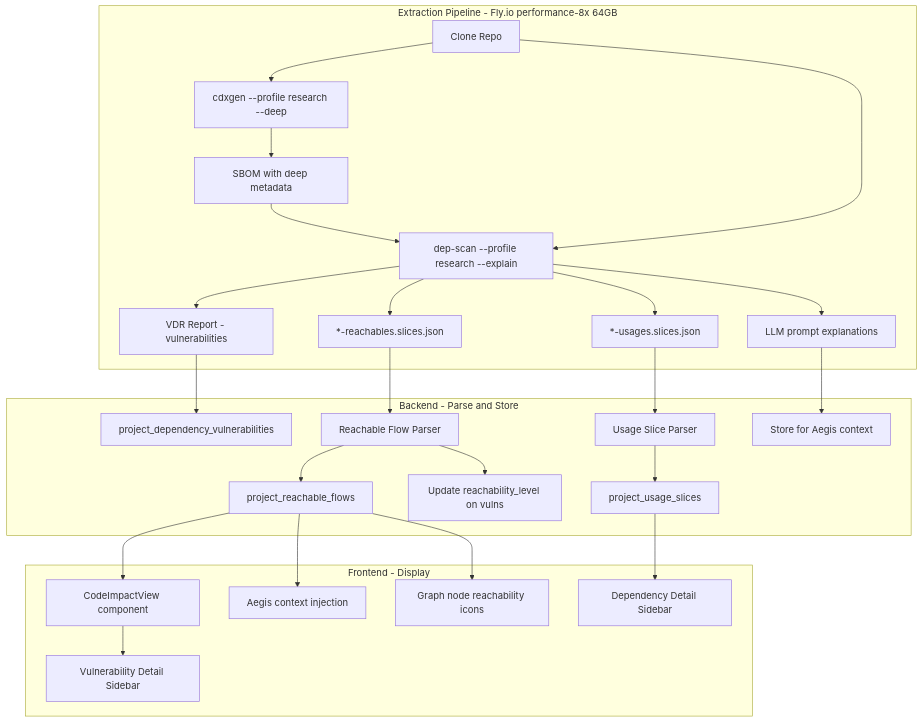
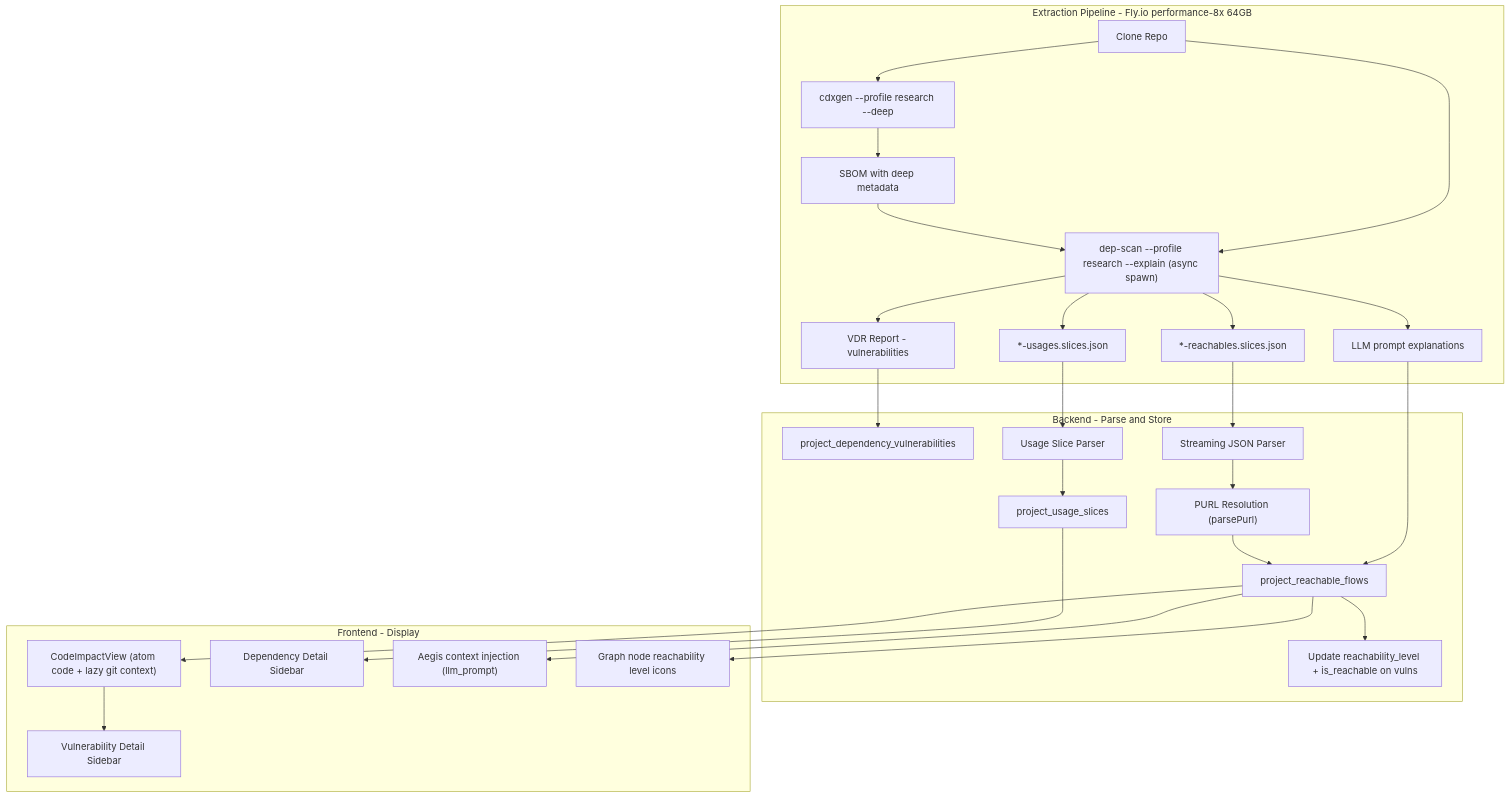
The diagram in .cursor/plans/phase_06b_reachability.plan.md (deptex/deptex), drawn with Mermaid before and after one commit. The commit also changed other lines of this file and 269 other files, not shown here.

````diff
--- a/.cursor/plans/phase_06b_reachability.plan.md
+++ b/.cursor/plans/phase_06b_reachability.plan.md
@@ -44,31 +56,32 @@
 ```mermaid
 graph TD
     subgraph extraction ["Extraction Pipeline - Fly.io performance-8x 64GB"]
         Clone[Clone Repo] --> cdxgen["cdxgen --profile research --deep"]
         cdxgen --> SBOM["SBOM with deep metadata"]
-        SBOM --> DepScanResearch["dep-scan --profile research --explain"]
+        SBOM --> DepScanResearch["dep-scan --profile research --explain (async spawn)"]
         Clone --> DepScanResearch
         DepScanResearch --> VDR["VDR Report - vulnerabilities"]
         DepScanResearch --> ReachSlices["*-reachables.slices.json"]
         DepScanResearch --> UsageSlices["*-usages.slices.json"]
-        DepScanResearch --> LLMPrompts["LLM prompt explanations"]
+        DepScanResearch --> LLMOutput["LLM prompt explanations"]
     end
 
     subgraph parsing ["Backend - Parse and Store"]
         VDR --> VulnDB["project_dependency_vulnerabilities"]
-        ReachSlices --> FlowParser["Reachable Flow Parser"]
-        FlowParser --> FlowDB["project_reachable_flows"]
+        ReachSlices --> StreamParser["Streaming JSON Parser"]
+        StreamParser --> PurlResolver["PURL Resolution (parsePurl)"]
+        PurlResolver --> FlowDB["project_reachable_flows"]
         UsageSlices --> UsageParser["Usage Slice Parser"]
         UsageParser --> UsageDB["project_usage_slices"]
-        FlowParser --> ReachUpdate["Update reachability_level on vulns"]
-        LLMPrompts --> AegisDB["Store for Aegis context"]
+        FlowDB --> ReachUpdate["Update reachability_level + is_reachable on vulns"]
+        LLMOutput --> FlowDB
     end
 
     subgraph display ["Frontend - Display"]
-        FlowDB --> CodeImpact["CodeImpactView component"]
+        FlowDB --> CodeImpact["CodeImpactView (atom code + lazy git context)"]
         CodeImpact --> VulnSidebar["Vulnerability Detail Sidebar"]
         UsageDB --> DepSidebar["Dependency Detail Sidebar"]
-        FlowDB --> AegisPanel["Aegis context injection"]
-        FlowDB --> GraphNodes["Graph node reachability icons"]
+        FlowDB --> AegisPanel["Aegis context injection (llm_prompt)"]
+        FlowDB --> GraphNodes["Graph node reachability level icons"]
     end
 ```
````
